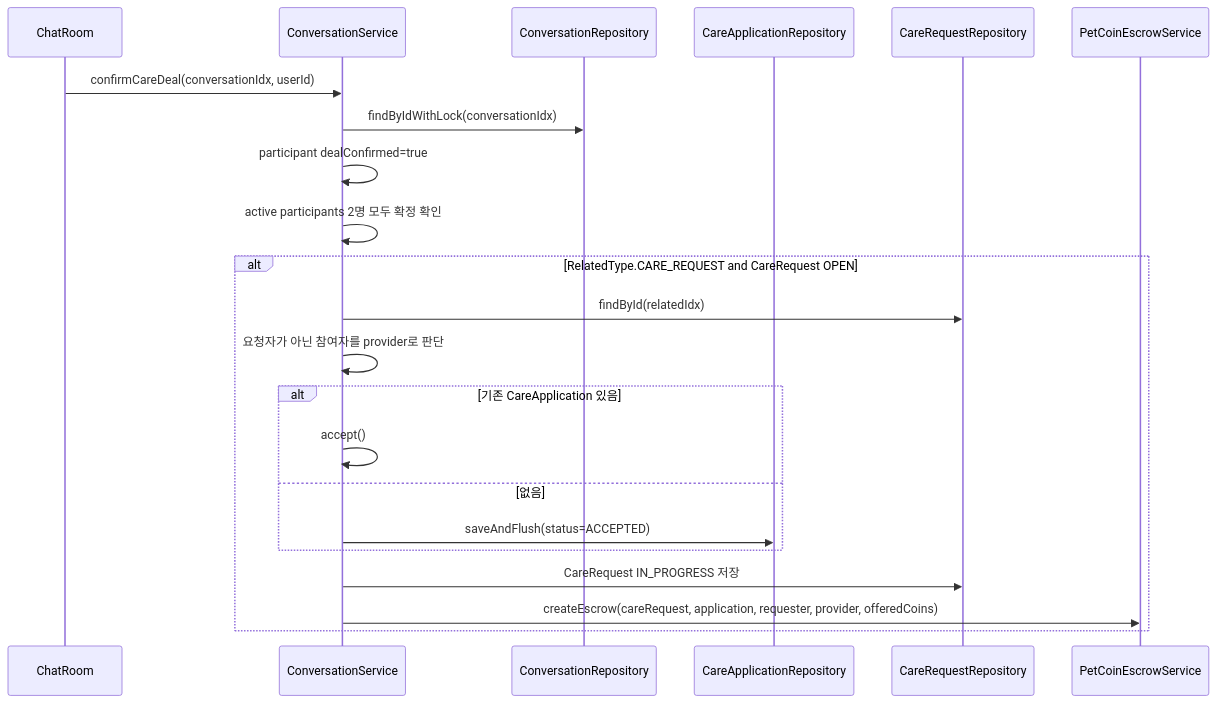
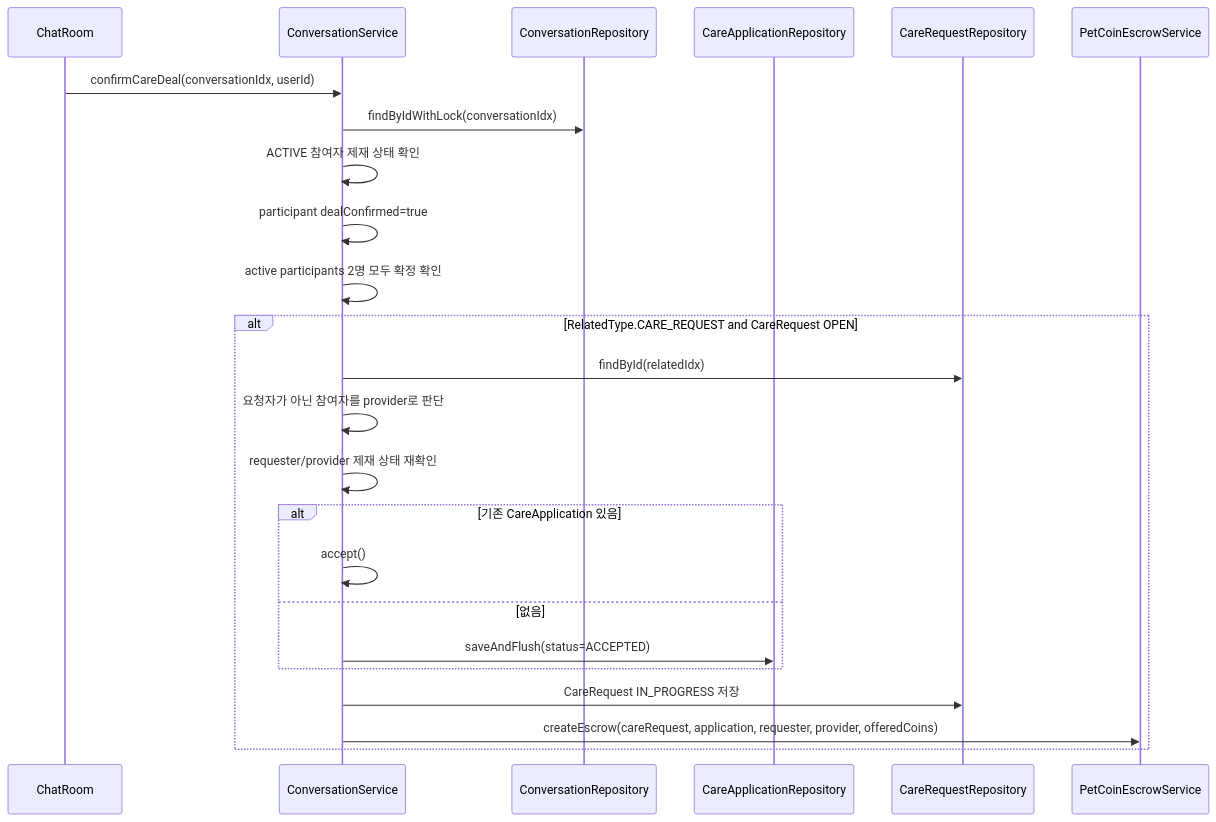
Before and after one commit to makkong1/Petory: the fourth of 6 diagrams in docs/architecture/care/펫 케어 & 매칭 아키텍처.md, drawn with Mermaid. The commit also changed other lines of this file and 31 other files, not shown here.

````diff
--- a/docs/architecture/care/펫 케어 & 매칭 아키텍처.md
+++ b/docs/architecture/care/펫 케어 & 매칭 아키텍처.md
@@ -203,25 +203,27 @@
 ```mermaid
 sequenceDiagram
     participant FE as ChatRoom
     participant Chat as ConversationService
     participant ConvRepo as ConversationRepository
     participant AppRepo as CareApplicationRepository
     participant CareRepo as CareRequestRepository
     participant Pay as PetCoinEscrowService
 
     FE->>Chat: confirmCareDeal(conversationIdx, userId)
     Chat->>ConvRepo: findByIdWithLock(conversationIdx)
+    Chat->>Chat: ACTIVE 참여자 제재 상태 확인
     Chat->>Chat: participant dealConfirmed=true
     Chat->>Chat: active participants 2명 모두 확정 확인
     alt RelatedType.CARE_REQUEST and CareRequest OPEN
         Chat->>CareRepo: findById(relatedIdx)
         Chat->>Chat: 요청자가 아닌 참여자를 provider로 판단
+        Chat->>Chat: requester/provider 제재 상태 재확인
         alt 기존 CareApplication 있음
             Chat->>Chat: accept()
         else 없음
             Chat->>AppRepo: saveAndFlush(status=ACCEPTED)
         end
         Chat->>CareRepo: CareRequest IN_PROGRESS 저장
         Chat->>Pay: createEscrow(careRequest, application, requester, provider, offeredCoins)
     end
 ```
````
